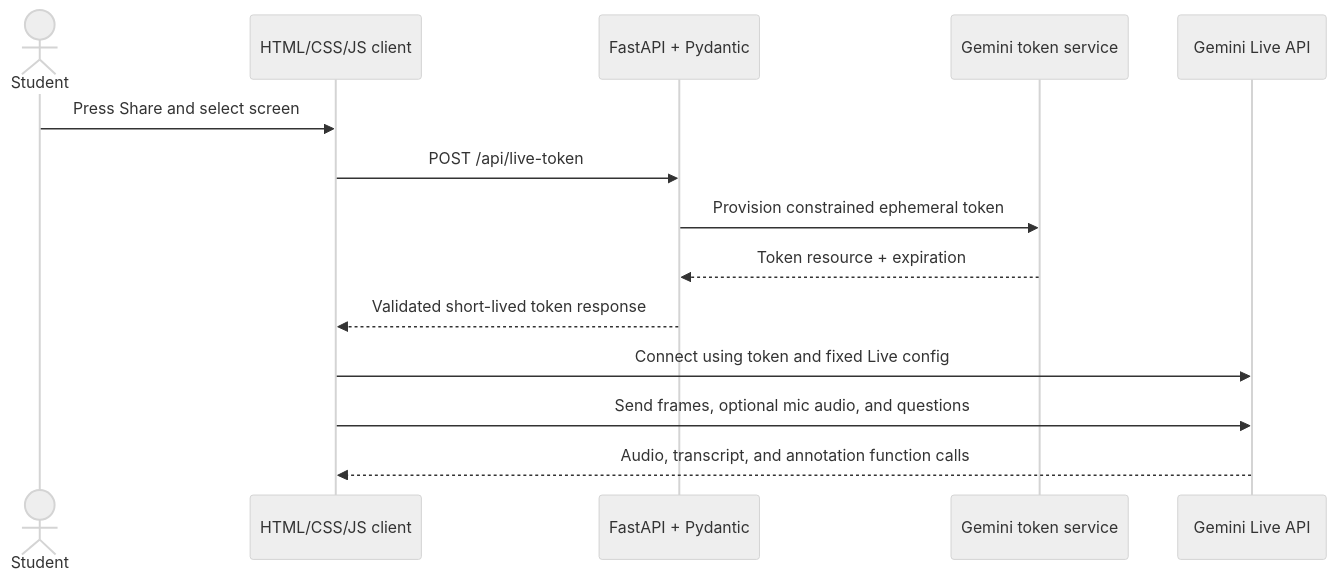
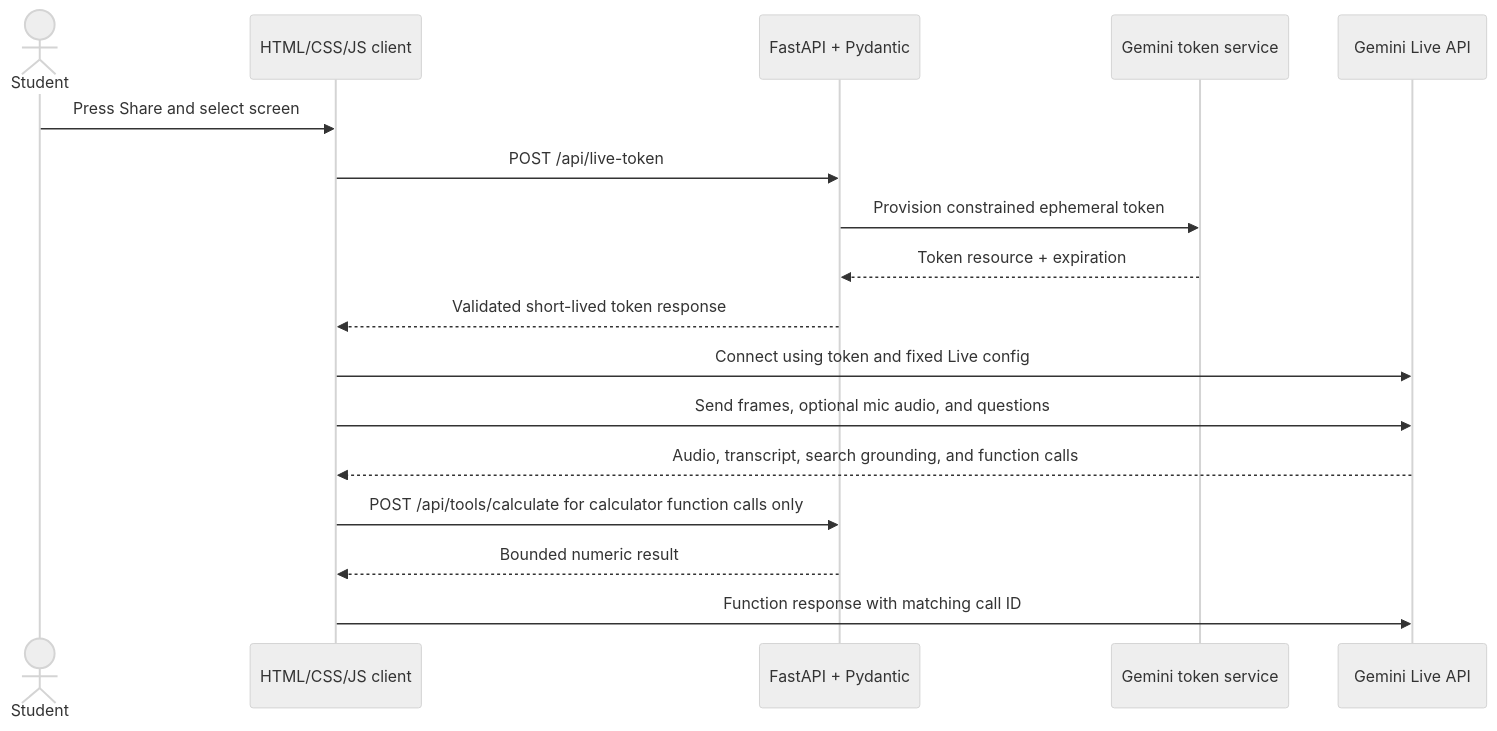
Before and after one commit to allenz2423/hackruf26: the diagram in docs/backend-design.md, drawn with Mermaid (neutral theme). The commit also changed other lines of this file and 13 other files, not shown here.

Commit message:
Add Live search and calculator tools

````diff
--- a/docs/backend-design.md
+++ b/docs/backend-design.md
@@ -81,17 +82,20 @@
 ```mermaid
 sequenceDiagram
     actor Student
     participant Browser as HTML/CSS/JS client
     participant App as FastAPI + Pydantic
     participant Google as Gemini token service
     participant Live as Gemini Live API
 
     Student->>Browser: Press Share and select screen
     Browser->>App: POST /api/live-token
     App->>Google: Provision constrained ephemeral token
     Google-->>App: Token resource + expiration
     App-->>Browser: Validated short-lived token response
     Browser->>Live: Connect using token and fixed Live config
     Browser->>Live: Send frames, optional mic audio, and questions
-    Live-->>Browser: Audio, transcript, and annotation function calls
+    Live-->>Browser: Audio, transcript, search grounding, and function calls
+    Browser->>App: POST /api/tools/calculate for calculator function calls only
+    App-->>Browser: Bounded numeric result
+    Browser->>Live: Function response with matching call ID
 ```
````
